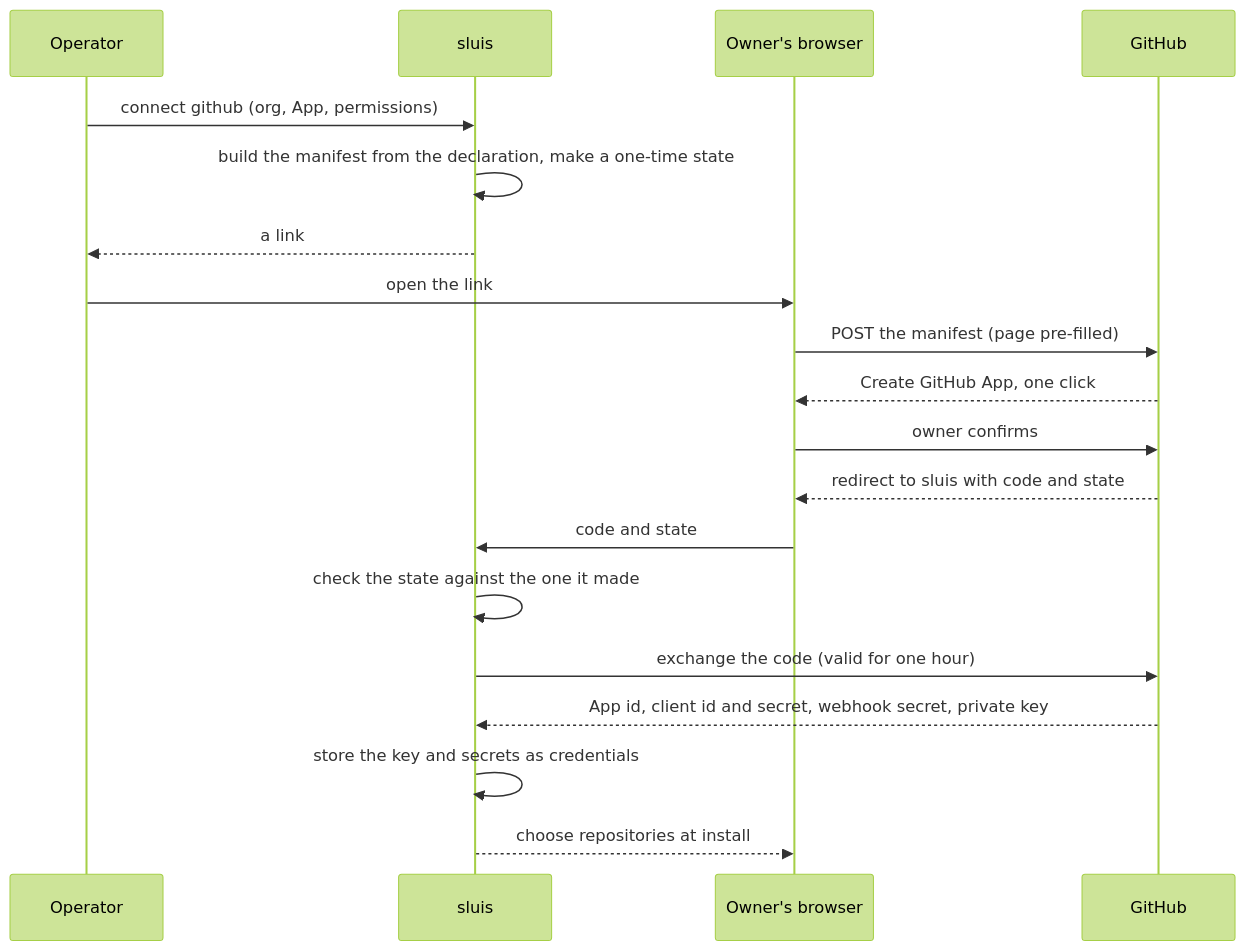
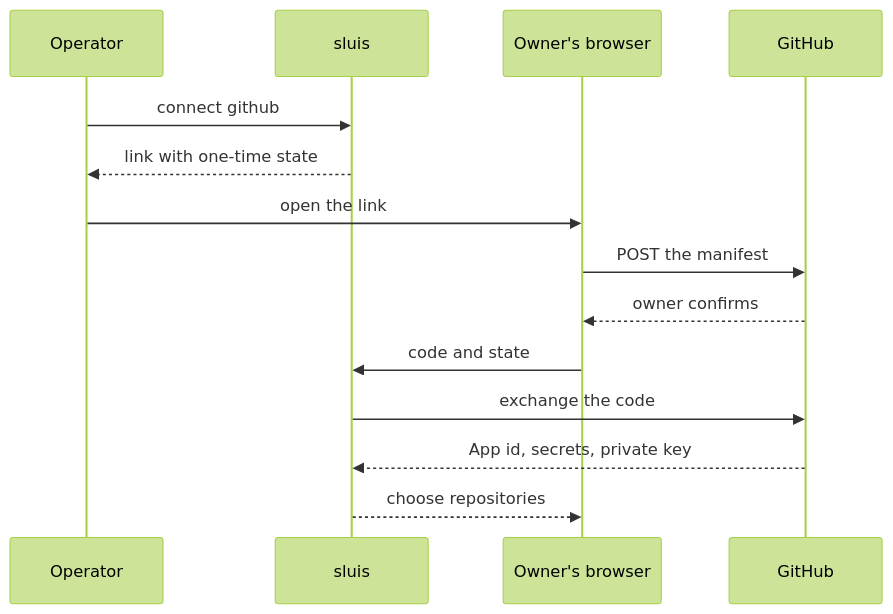
One commit to truvity/sluis changed the second of 2 diagrams in docs/integrations/connecting.md. Above: the diagram before and after it, drawn with Mermaid (forest theme). The commit also changed other lines of this file and 118 other files, not shown here.

First line of the commit message:
docs: restructure the pages to one fact per page and retire Open decisions

````diff
--- a/docs/integrations/connecting.md
+++ b/docs/integrations/connecting.md
@@ -58,21 +54,16 @@
 ```mermaid
 sequenceDiagram
   participant O as Operator
   participant S as sluis
   participant B as Owner's browser
   participant G as GitHub
-  O->>S: connect github (org, App, permissions)
-  S->>S: build the manifest from the declaration, make a one-time state
-  S-->>O: a link
+  O->>S: connect github
+  S-->>O: link with one-time state
   O->>B: open the link
-  B->>G: POST the manifest (page pre-filled)
-  G-->>B: Create GitHub App, one click
-  B->>G: owner confirms
-  G-->>B: redirect to sluis with code and state
+  B->>G: POST the manifest
+  G-->>B: owner confirms
   B->>S: code and state
-  S->>S: check the state against the one it made
-  S->>G: exchange the code (valid for one hour)
-  G-->>S: App id, client id and secret, webhook secret, private key
-  S->>S: store the key and secrets as credentials
-  S-->>B: choose repositories at install
+  S->>G: exchange the code
+  G-->>S: App id, secrets, private key
+  S-->>B: choose repositories
 ```
````
